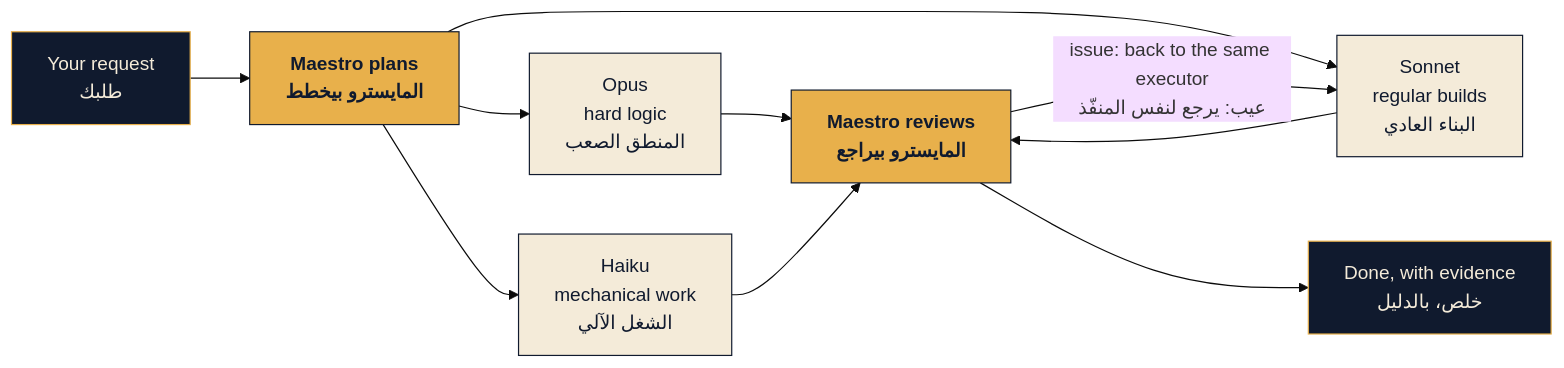
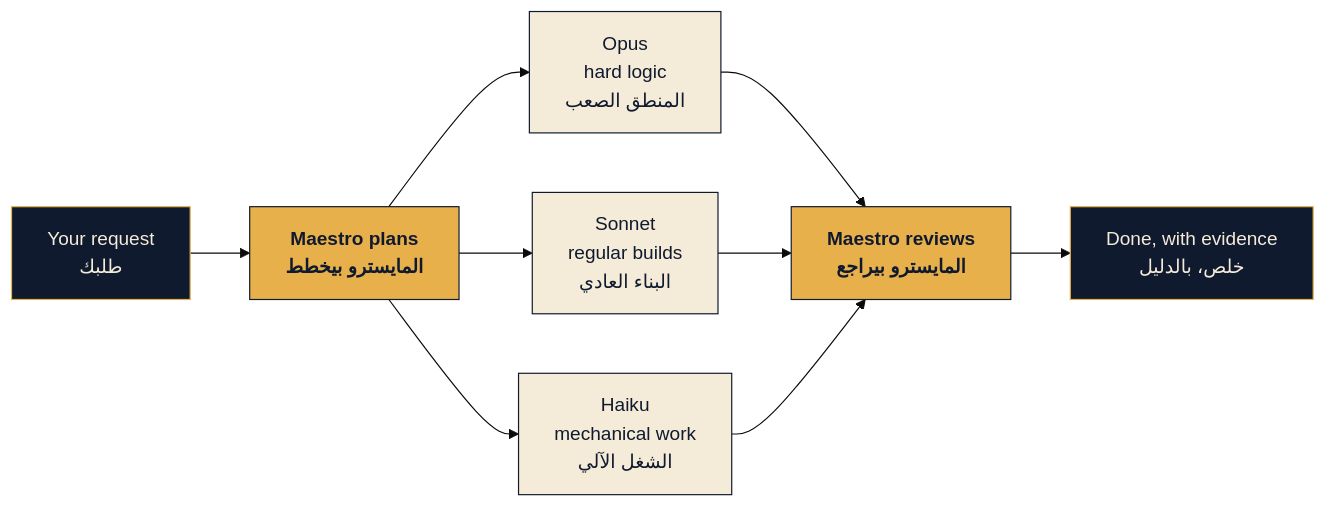
The diagram in README.md (aezzatelashry/maestro), drawn with Mermaid (base theme) before and after one commit. The commit also changed other lines of this file and 2 other files, not shown here.

Commit message:
docs: English-only banner, simpler diagram

````diff
--- a/README.md
+++ b/README.md
@@ -41,19 +41,18 @@
 ```mermaid
 flowchart LR
     R["Your request<br>طلبك"] --> P["Maestro plans<br>المايسترو بيخطط"]
     P --> O["Opus<br>hard logic<br>المنطق الصعب"]
     P --> S["Sonnet<br>regular builds<br>البناء العادي"]
     P --> H["Haiku<br>mechanical work<br>الشغل الآلي"]
     O --> V["Maestro reviews<br>المايسترو بيراجع"]
     S --> V
     H --> V
-    V -- "issue: back to the same executor<br>عيب: يرجع لنفس المنفّذ" --> S
     V --> D["Done, with evidence<br>خلص، بالدليل"]
 
     classDef maestro fill:#E8B04B,stroke:#101A2E,color:#101A2E,font-weight:bold
     classDef worker fill:#F4EBD9,stroke:#101A2E,color:#101A2E
     classDef io fill:#101A2E,stroke:#E8B04B,color:#F4EBD9
     class P,V maestro
     class O,S,H worker
     class R,D io
 ```
````
